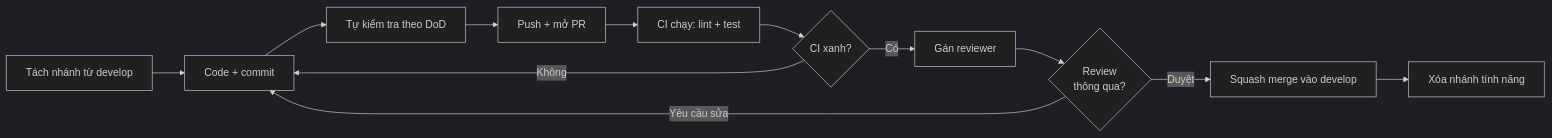
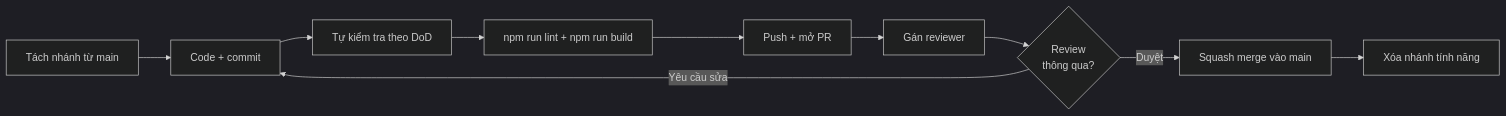
The second of 2 diagrams in docs/10-QUY-TRINH-LAM-VIEC.md (NguyenMinh205/FE_QuanLyKTX), drawn with Mermaid (dark theme) before and after one commit. The commit also changed other lines of this file and 33 other files, not shown here.

````diff
--- a/docs/10-QUY-TRINH-LAM-VIEC.md
+++ b/docs/10-QUY-TRINH-LAM-VIEC.md
@@ -139,14 +136,12 @@
 ```mermaid
 flowchart LR
-    A["Tách nhánh từ develop"] --> B["Code + commit"]
+    A["Tách nhánh từ main"] --> B["Code + commit"]
     B --> C["Tự kiểm tra theo DoD"]
-    C --> D["Push + mở PR"]
-    D --> E["CI chạy: lint + test"]
-    E --> F{"CI xanh?"}
-    F -->|"Không"| B
-    F -->|"Có"| G["Gán reviewer"]
+    C --> D["npm run lint + npm run build"]
+    D --> E["Push + mở PR"]
+    E --> G["Gán reviewer"]
     G --> H{"Review<br/>thông qua?"}
     H -->|"Yêu cầu sửa"| B
-    H -->|"Duyệt"| I["Squash merge vào develop"]
+    H -->|"Duyệt"| I["Squash merge vào main"]
     I --> J["Xóa nhánh tính năng"]
 ```
````
